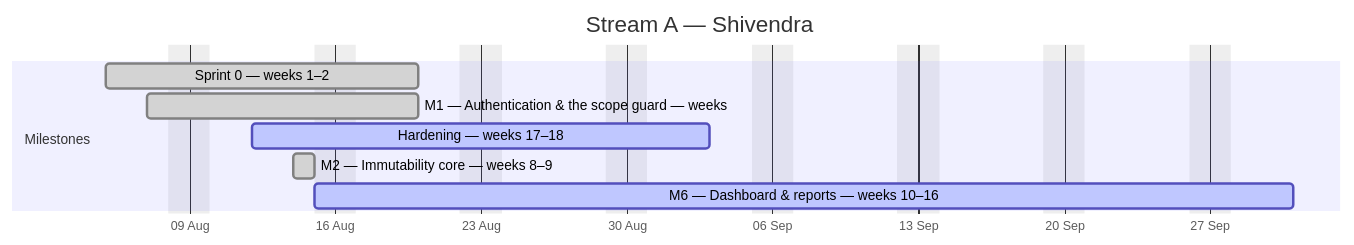
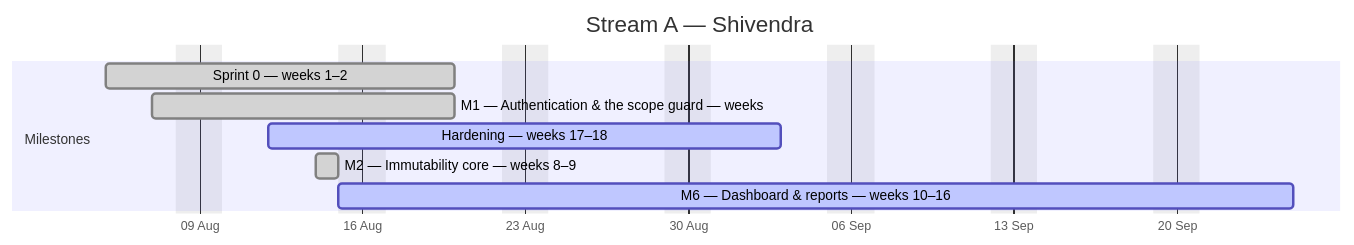
Before and after one commit to debashisedunext/EduTrack: the first of 4 diagrams in docs/plan/GANTT.md, drawn with Mermaid. The commit also changed other lines of this file and 3 other files, not shown here.

````diff
--- a/docs/plan/GANTT.md
+++ b/docs/plan/GANTT.md
@@ -102,13 +101,13 @@
 ```mermaid
 gantt
     dateFormat YYYY-MM-DD
     axisFormat %d %b
     title Stream A — Shivendra
     excludes weekends
     section Milestones
     Sprint 0 — weeks 1–2 :done, a0, 2026-08-05, 11d
     M1 — Authentication & the scope guard — weeks :done, a1, 2026-08-07, 9d
     Hardening — weeks 17–18 :active, a2, 2026-08-12, 16d
     M2 — Immutability core — weeks 8–9 :done, a3, 2026-08-14, 1d
-    M6 — Dashboard & reports — weeks 10–16 :active, a4, 2026-08-15, 34d
+    M6 — Dashboard & reports — weeks 10–16 :active, a4, 2026-08-15, 30d
 ```
````
